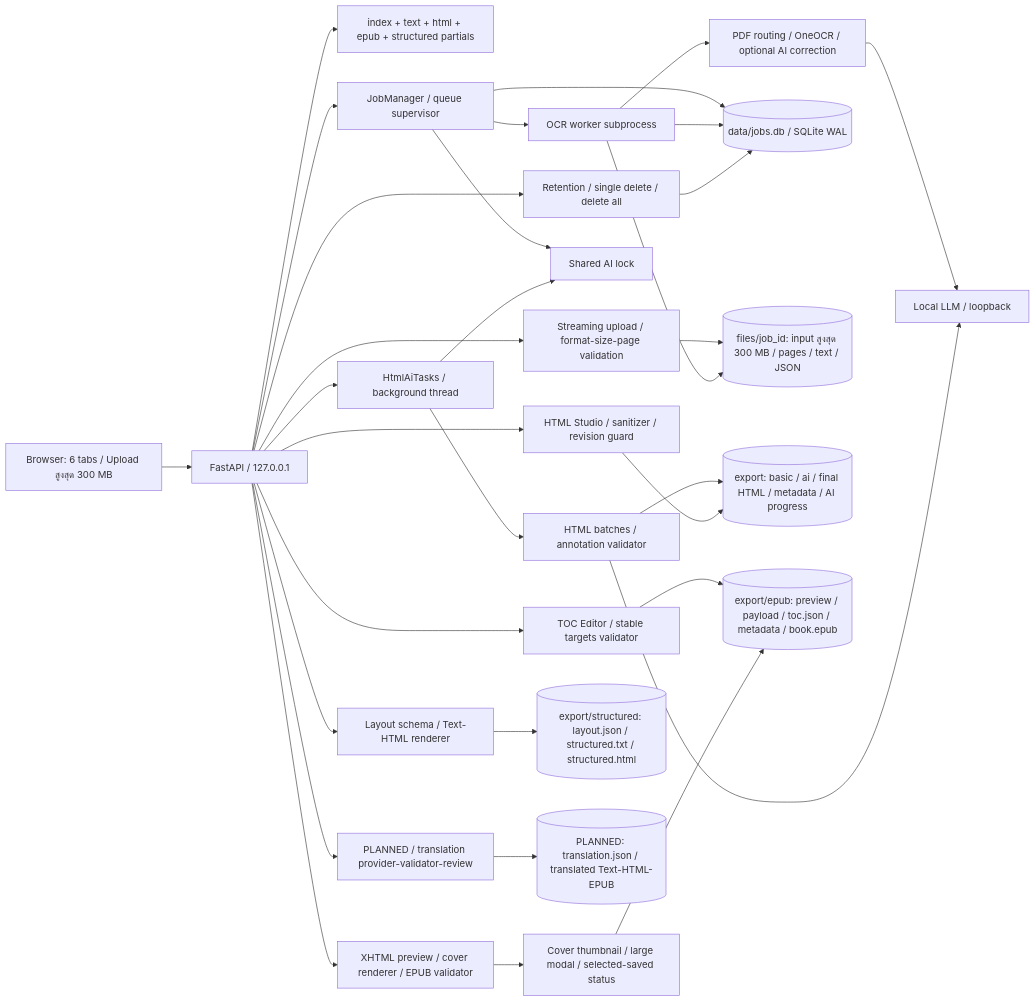
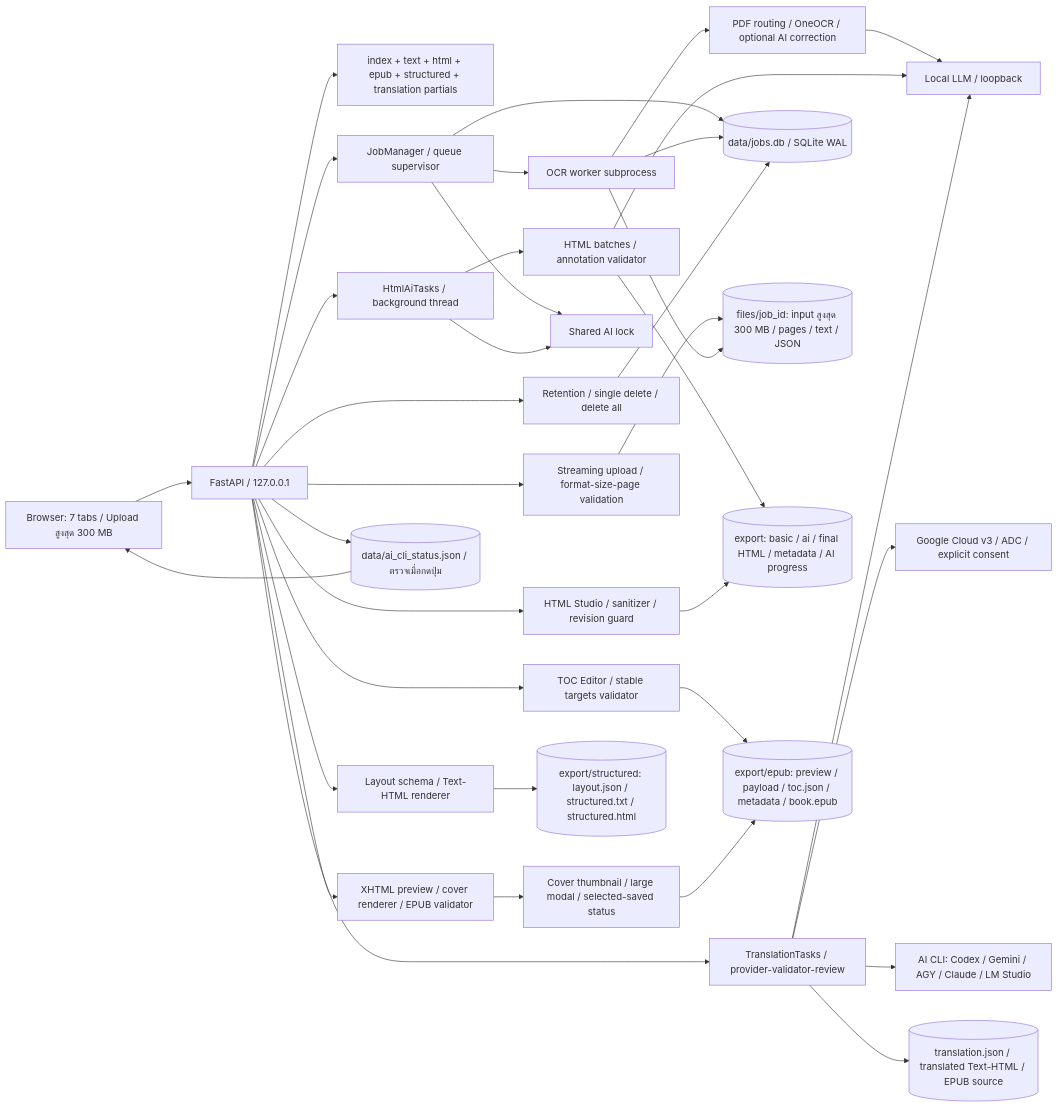
One commit to anuwatm/pdf-ocr-studio changed the first of 10 diagrams in readme.md. Above: the diagram before and after it, drawn with Mermaid. The commit also changed other lines of this file and 62 other files, not shown here.

Commit message:
feat(phase10): add document translation engine, AI CLI adapters, and Phase 10 test suite

````diff
--- a/readme.md
+++ b/readme.md
@@ -135,33 +138,38 @@
 ```mermaid
 flowchart LR
-    UI["Browser: 6 tabs / Upload สูงสุด 300 MB"] --> API["FastAPI / 127.0.0.1"]
-    API --> Templates["index + text + html + epub + structured partials"]
+    UI["Browser: 7 tabs / Upload สูงสุด 300 MB"] --> API["FastAPI / 127.0.0.1"]
+    API --> Templates["index + text + html + epub + structured + translation partials"]
     API --> Upload["Streaming upload / format-size-page validation"]
     API --> Manager["JobManager / queue supervisor"]
     Manager --> Worker["OCR worker subprocess"]
     Worker --> Pipeline["PDF routing / OneOCR / optional AI correction"]
     API --> Tasks["HtmlAiTasks / background thread"]
     Tasks --> Exporter["HTML batches / annotation validator"]
     Manager --> Lock["Shared AI lock"]
     Tasks --> Lock
     Pipeline --> LLM["Local LLM / loopback"]
     Exporter --> LLM
     API --> Editor["HTML Studio / sanitizer / revision guard"]
     API --> EPUB["XHTML preview / cover renderer / EPUB validator"]
     EPUB --> CoverUX["Cover thumbnail / large modal / selected-saved status"]
     API --> TOC["TOC Editor / stable targets validator"]
     API --> Structured["Layout schema / Text-HTML renderer"]
-    API --> Translation["PLANNED / translation provider-validator-review"]
+    API --> Translation["TranslationTasks / provider-validator-review"]
+    API --> CLIStatus[("data/ai_cli_status.json / ตรวจเมื่อกดปุ่ม")]
+    CLIStatus --> UI
+    Translation --> Cloud["Google Cloud v3 / ADC / explicit consent"]
+    Translation --> CLI["AI CLI: Codex / Gemini / AGY / Claude / LM Studio"]
+    Translation --> LLM
     API --> Cleanup["Retention / single delete / delete all"]
     Manager --> DB[("data/jobs.db / SQLite WAL")]
     Worker --> DB
     Cleanup --> DB
     Upload --> Files[("files/job_id: input สูงสุด 300 MB / pages / text / JSON")]
     Worker --> Files
     Exporter --> Exports[("export: basic / ai / final HTML / metadata / AI progress")]
     Editor --> Exports
     TOC --> Books[("export/epub: preview / payload / toc.json / metadata / book.epub")]
     CoverUX --> Books
     Structured --> Layouts[("export/structured: layout.json / structured.txt / structured.html")]
-    Translation --> Translated[("PLANNED: translation.json / translated Text-HTML-EPUB")]
+    Translation --> Translated[("translation.json / translated Text-HTML / EPUB source")]
 ```
````
